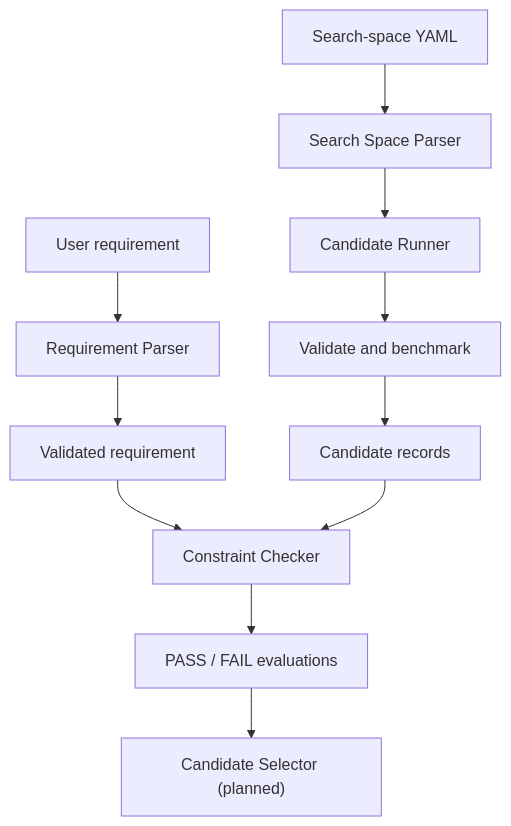
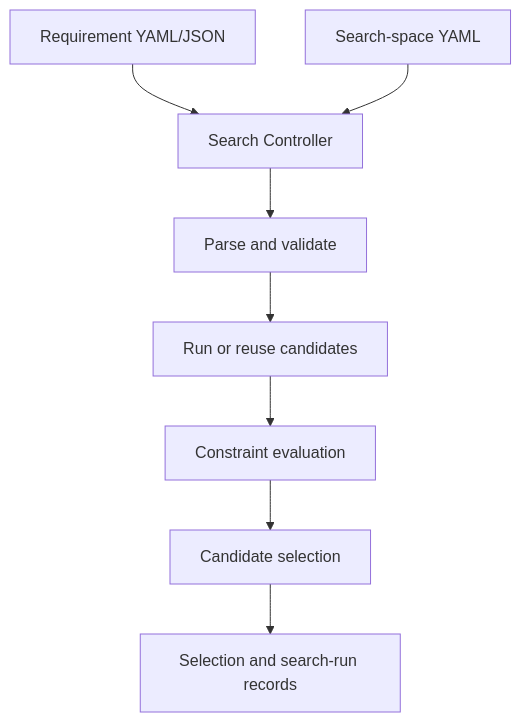
One commit to doquangminh03/EdgeNAS-Lite changed the diagram in README.md. Above: the diagram before and after it, drawn with Mermaid. The commit also changed other lines of this file, not shown here.

Commit message:
docs: document end-to-end search milestone and verification limits

````diff
--- a/README.md
+++ b/README.md
@@ -41,13 +41,10 @@
 ```mermaid
 flowchart TD
-    A["User requirement"] --> B["Requirement Parser"]
-    B --> C["Validated requirement"]
-    D["Search-space YAML"] --> E["Search Space Parser"]
-    E --> F["Candidate Runner"]
-    F --> G["Validate and benchmark"]
-    G --> H["Candidate records"]
-    C --> I["Constraint Checker"]
-    H --> I
-    I --> J["PASS / FAIL evaluations"]
-    J --> K["Candidate Selector (planned)"]
+    A["Requirement YAML/JSON"] --> B["Search Controller"]
+    C["Search-space YAML"] --> B
+    B --> D["Parse and validate"]
+    D --> E["Run or reuse candidates"]
+    E --> F["Constraint evaluation"]
+    F --> G["Candidate selection"]
+    G --> H["Selection and search-run records"]
 ```
````
